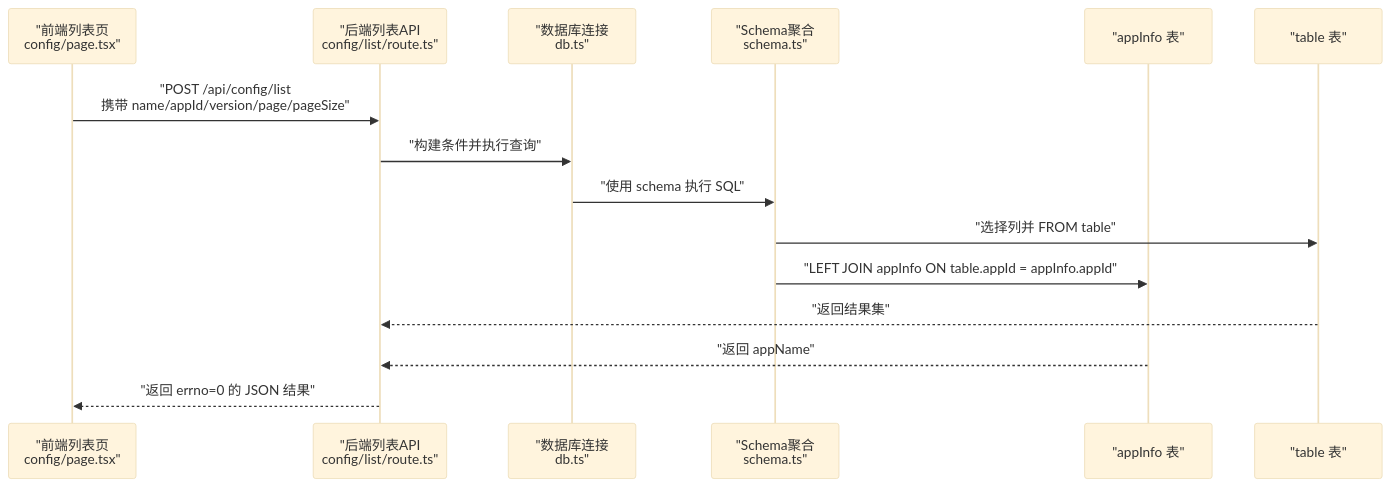
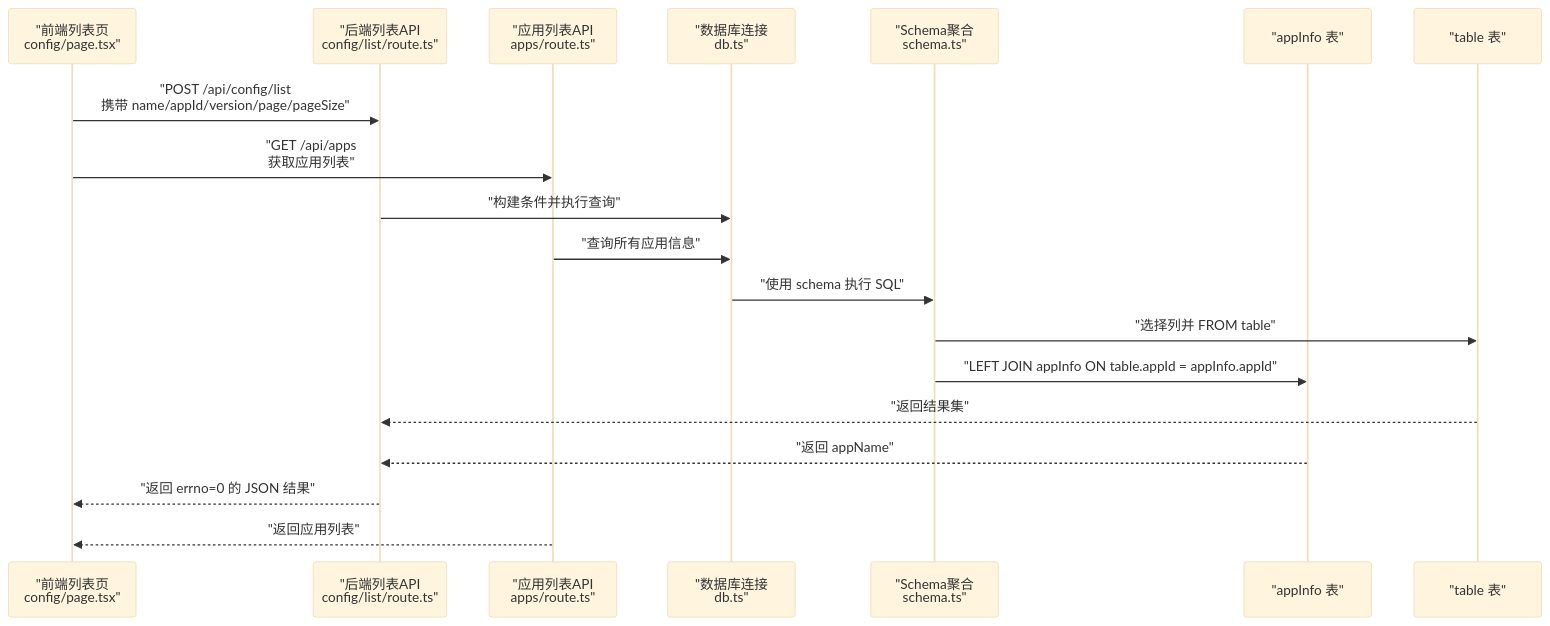
The second of 7 diagrams in .qoder/repowiki/zh/content/数据库集成/数据模型设计/应用信息模型.md (HAOFUYANG/nextjs-admin), drawn with Mermaid (base theme) before and after one commit. The commit also changed other lines of this file and 15 other files, not shown here.

````diff
--- a/.qoder/repowiki/zh/content/数据库集成/数据模型设计/应用信息模型.md
+++ b/.qoder/repowiki/zh/content/数据库集成/数据模型设计/应用信息模型.md
@@ -131,17 +145,21 @@
 ```mermaid
 sequenceDiagram
 participant FE_List as "前端列表页<br/>config/page.tsx"
 participant API_List as "后端列表API<br/>config/list/route.ts"
+participant API_Apps as "应用列表API<br/>apps/route.ts"
 participant DB as "数据库连接<br/>db.ts"
 participant Schema as "Schema聚合<br/>schema.ts"
 participant AppInfo as "appInfo 表"
 participant Table as "table 表"
 FE_List->>API_List : "POST /api/config/list<br/>携带 name/appId/version/page/pageSize"
+FE_List->>API_Apps : "GET /api/apps<br/>获取应用列表"
 API_List->>DB : "构建条件并执行查询"
+API_Apps->>DB : "查询所有应用信息"
 DB->>Schema : "使用 schema 执行 SQL"
 Schema->>Table : "选择列并 FROM table"
 Schema->>AppInfo : "LEFT JOIN appInfo ON table.appId = appInfo.appId"
 Table-->>API_List : "返回结果集"
 AppInfo-->>API_List : "返回 appName"
 API_List-->>FE_List : "返回 errno=0 的 JSON 结果"
+API_Apps-->>FE_List : "返回应用列表"
 ```
````
